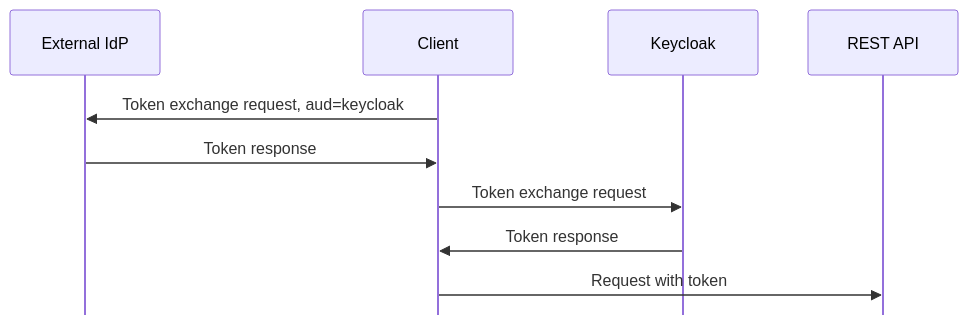
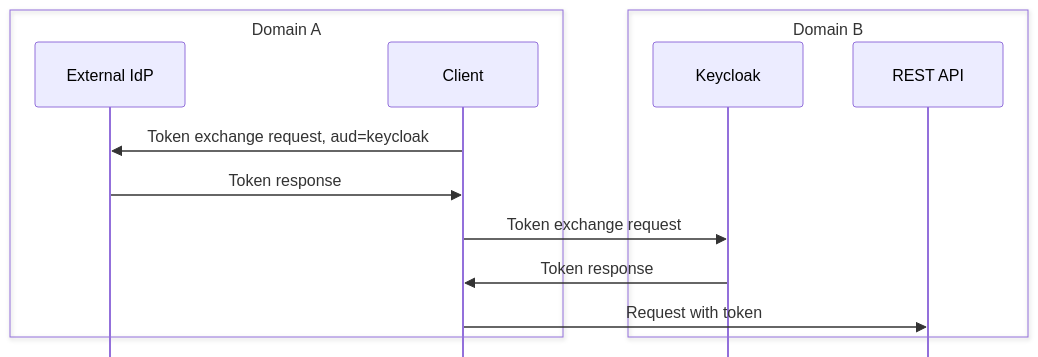
The sixth of 6 diagrams in seq/flows.md (stianst/playground), drawn with Mermaid before and after one commit.

````diff
--- a/seq/flows.md
+++ b/seq/flows.md
@@ -114,16 +114,20 @@
 ```mermaid
 ---
 config:
     mirrorActors: false
 ---
 sequenceDiagram
+    box Domain A
     participant IDPA as External IdP
     participant C as Client
+    end
+    box Domain B
     participant IDPB as Keycloak
     participant RS as REST API
+    end
     C->>IDPA: Token exchange request, aud=keycloak
     IDPA->>C: Token response
     C->>IDPB: Token exchange request
     IDPB->>C: Token response
     C->>RS: Request with token
 ```
````
